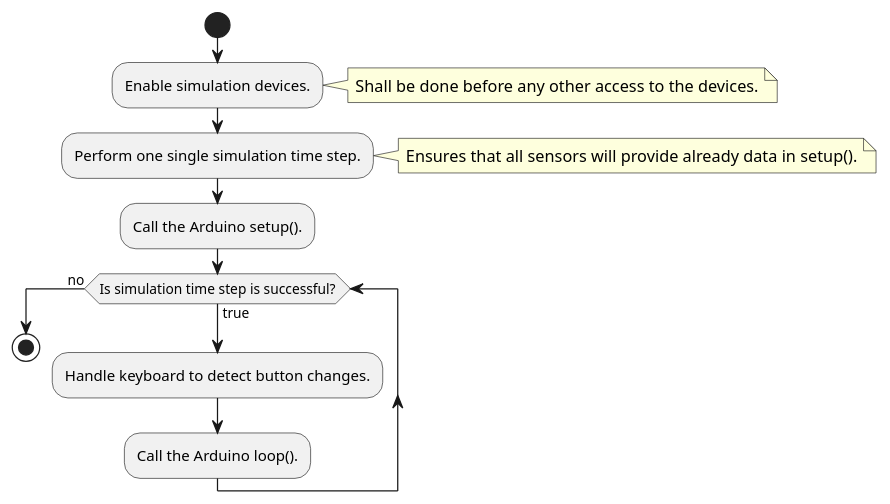
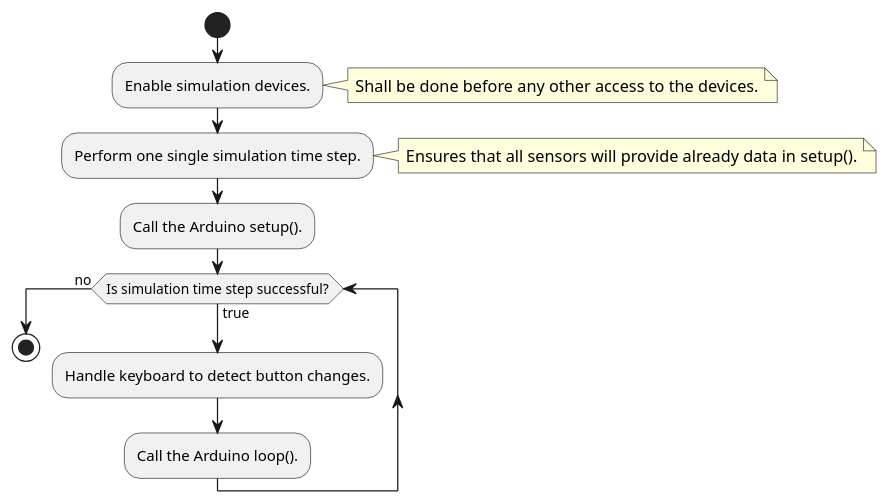
Before and after one commit to BlueAndi/ZumoHALWebots: the diagram in doc/uml/MainGenericFlow.plantuml, drawn with PlantUML.

Commit message:
Typo fixed.

```diff
--- a/doc/uml/MainGenericFlow.plantuml
+++ b/doc/uml/MainGenericFlow.plantuml
@@ -1,15 +1,15 @@
 @startuml MainGenericFlow
 
 start
 :Enable simulation devices.;
 note right: Shall be done before any other access to the devices.
 :Perform one single simulation time step.;
 note right: Ensures that all sensors will provide already data in setup().
 :Call the Arduino setup().;
-while (Is simulation time step is successful?) is (true)
+while (Is simulation time step successful?) is (true)
     :Handle keyboard to detect button changes.;
     :Call the Arduino loop().;
 endwhile (no)
 stop
 
 @enduml
```
